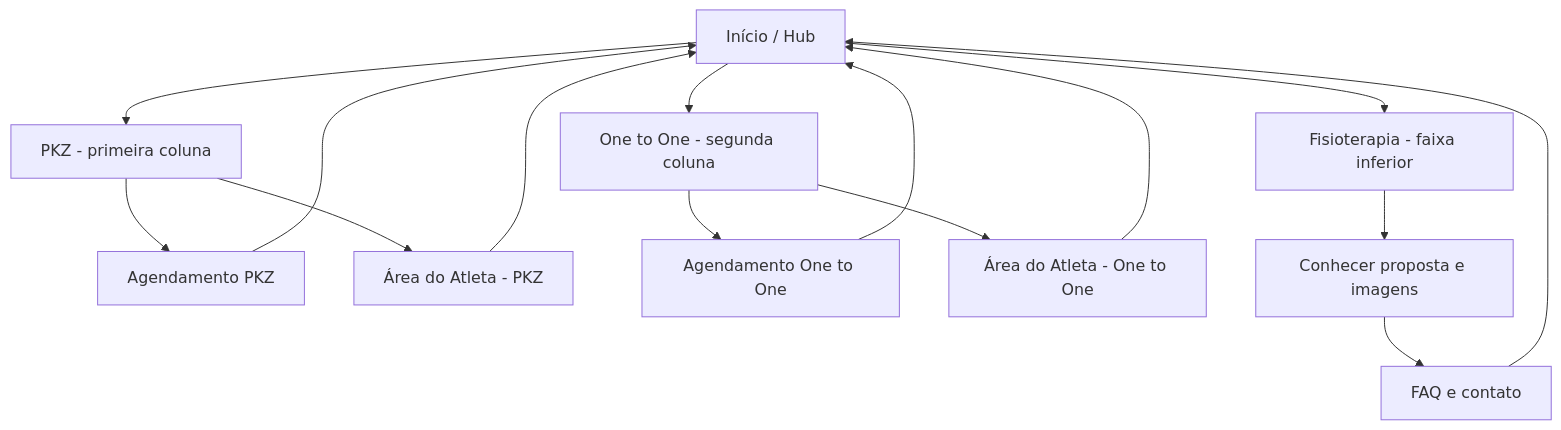
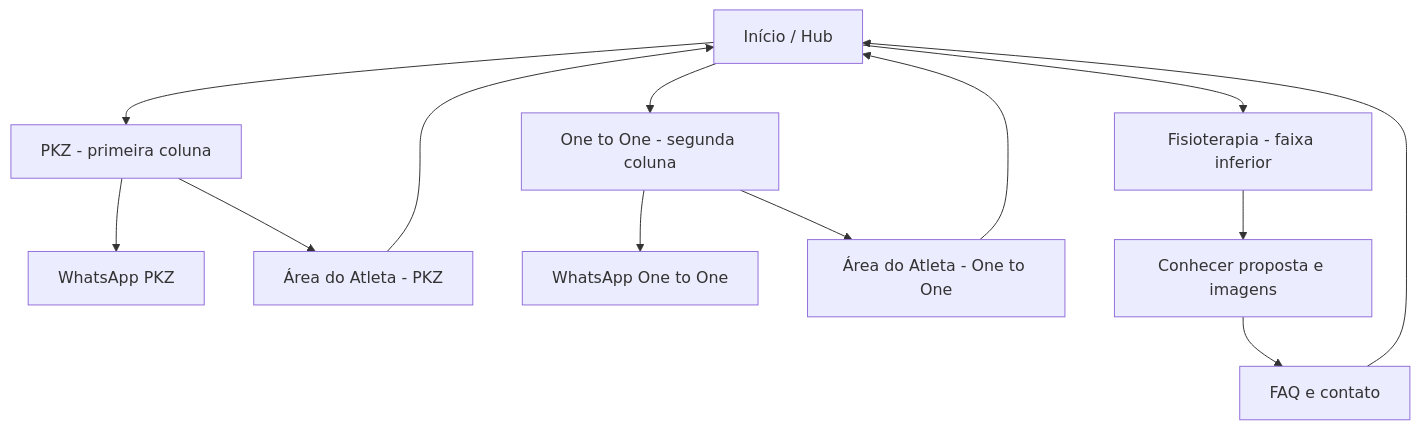
The diagram in docs/AHT/navegacao-react.mmd (gugasaraivasilva-ai/PFE-2026-2-AP2-Grupo3-sexta-react-sem-agendamento), drawn with Mermaid before and after one commit. The commit also changed 29 other files, not shown here.

```diff
--- a/docs/AHT/navegacao-react.mmd
+++ b/docs/AHT/navegacao-react.mmd
@@ -1,15 +1,13 @@
 flowchart TD
  A[Início / Hub] --> B[PKZ - primeira coluna]
  A --> C[One to One - segunda coluna]
  A --> D[Fisioterapia - faixa inferior]
- B --> E[Agendamento PKZ]
+ B --> E[WhatsApp PKZ]
  B --> F[Área do Atleta - PKZ]
- C --> G[Agendamento One to One]
+ C --> G[WhatsApp One to One]
  C --> H[Área do Atleta - One to One]
  D --> I[Conhecer proposta e imagens]
  I --> J[FAQ e contato]
- E --> A
- G --> A
  F --> A
  H --> A
  J --> A
```
